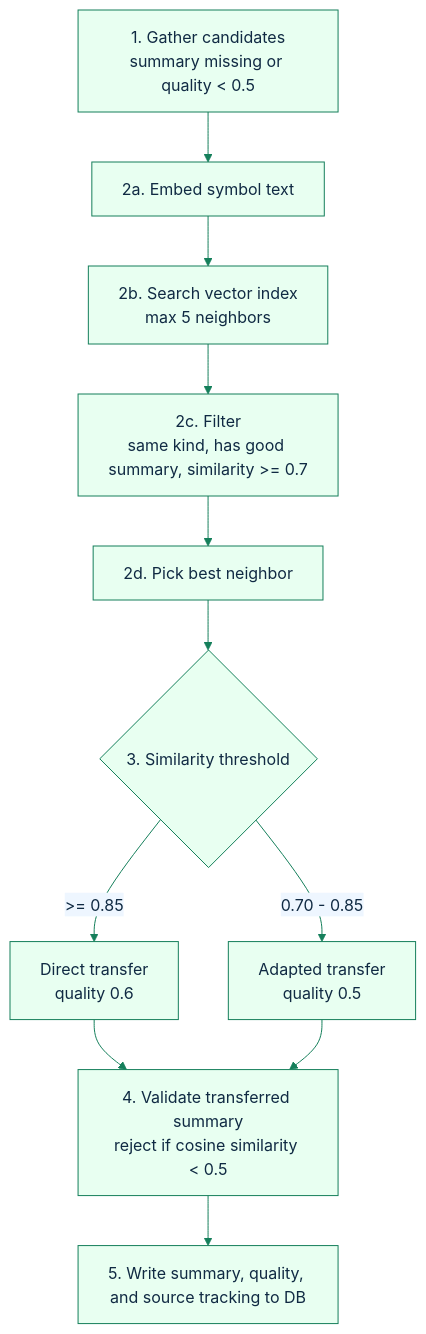
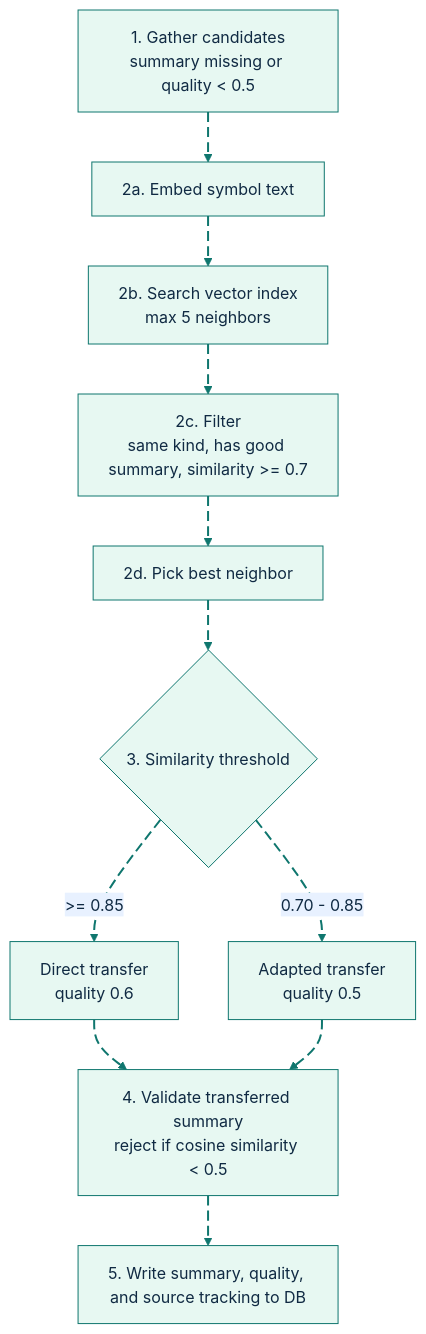
One commit to GlitterKill/sdl-mcp changed the tenth of 13 diagrams in docs/feature-deep-dives/semantic-engine.md. Above: the diagram before and after it, drawn with Mermaid. The commit also changed other lines of this file and 33 other files, not shown here.

First line of the commit message:
docs: update mermaid diagram themes and styling across documentation

````diff
--- a/docs/feature-deep-dives/semantic-engine.md
+++ b/docs/feature-deep-dives/semantic-engine.md
@@ -555,14 +638,23 @@
 ```mermaid
-%%{init: {"theme":"base","themeVariables":{"primaryColor":"#e8fff1","primaryBorderColor":"#157f5b","primaryTextColor":"#102a43","secondaryColor":"#eef6ff","secondaryBorderColor":"#2563eb","tertiaryColor":"#fff4d6","tertiaryBorderColor":"#b45309","lineColor":"#157f5b","fontFamily":"Trebuchet MS, Arial"},"flowchart":{"curve":"basis"}}}%%
+%%{init: {"theme":"base","themeVariables":{"background":"#ffffff","primaryColor":"#E7F8F2","primaryBorderColor":"#0F766E","primaryTextColor":"#102A43","secondaryColor":"#E8F1FF","secondaryBorderColor":"#2563EB","secondaryTextColor":"#102A43","tertiaryColor":"#FFF4D6","tertiaryBorderColor":"#B45309","tertiaryTextColor":"#102A43","lineColor":"#0F766E","textColor":"#102A43","fontFamily":"Inter, ui-sans-serif, system-ui, -apple-system, BlinkMacSystemFont, Segoe UI, sans-serif"},"flowchart":{"curve":"basis","htmlLabels":true}}}%%
 flowchart TD
-    Candidates["1. Gather candidates<br/>summary missing or quality < 0.5"] --> Embed["2a. Embed symbol text"]
-    Embed --> Search["2b. Search vector index<br/>max 5 neighbors"]
-    Search --> Filter["2c. Filter<br/>same kind, has good summary, similarity >= 0.7"]
-    Filter --> Pick["2d. Pick best neighbor"]
-    Pick --> Decision{"3. Similarity threshold"}
-    Decision -->|">= 0.85"| Direct["Direct transfer<br/>quality 0.6"]
-    Decision -->|"0.70 - 0.85"| Adapted["Adapted transfer<br/>quality 0.5"]
-    Direct --> Validate["4. Validate transferred summary<br/>reject if cosine similarity < 0.5"]
-    Adapted --> Validate
-    Validate --> Store["5. Write summary, quality, and source tracking to DB"]
+    Candidates["1. Gather candidates<br/>summary missing or quality < 0.5"] e1@--> Embed["2a. Embed symbol text"]
+    Embed e2@--> Search["2b. Search vector index<br/>max 5 neighbors"]
+    Search e3@--> Filter["2c. Filter<br/>same kind, has good summary, similarity >= 0.7"]
+    Filter e4@--> Pick["2d. Pick best neighbor"]
+    Pick e5@--> Decision{"3. Similarity threshold"}
+    Decision e6@-->|">= 0.85"| Direct["Direct transfer<br/>quality 0.6"]
+    Decision e7@-->|"0.70 - 0.85"| Adapted["Adapted transfer<br/>quality 0.5"]
+    Direct e8@--> Validate["4. Validate transferred summary<br/>reject if cosine similarity < 0.5"]
+    Adapted e9@--> Validate
+    Validate e10@--> Store["5. Write summary, quality, and source tracking to DB"]
+
+    classDef source fill:#E7F8F2,stroke:#0F766E,stroke-width:2px,color:#102A43;
+    classDef process fill:#E8F1FF,stroke:#2563EB,stroke-width:2px,color:#102A43;
+    classDef decision fill:#FFF4D6,stroke:#B45309,stroke-width:2px,color:#102A43;
+    classDef storage fill:#F2E8FF,stroke:#7C3AED,stroke-width:2px,color:#102A43;
+    classDef output fill:#FFE8EF,stroke:#BE123C,stroke-width:2px,color:#102A43;
+    classDef muted fill:#F8FAFC,stroke:#64748B,stroke-width:1px,color:#102A43;
+    classDef animate stroke:#0F766E,stroke-width:2px,stroke-dasharray:10\,5,stroke-dashoffset:900,animation:dash 22s linear infinite;
+    class e1,e2,e3,e4,e5,e6,e7,e8,e9,e10 animate;
 ```
````
